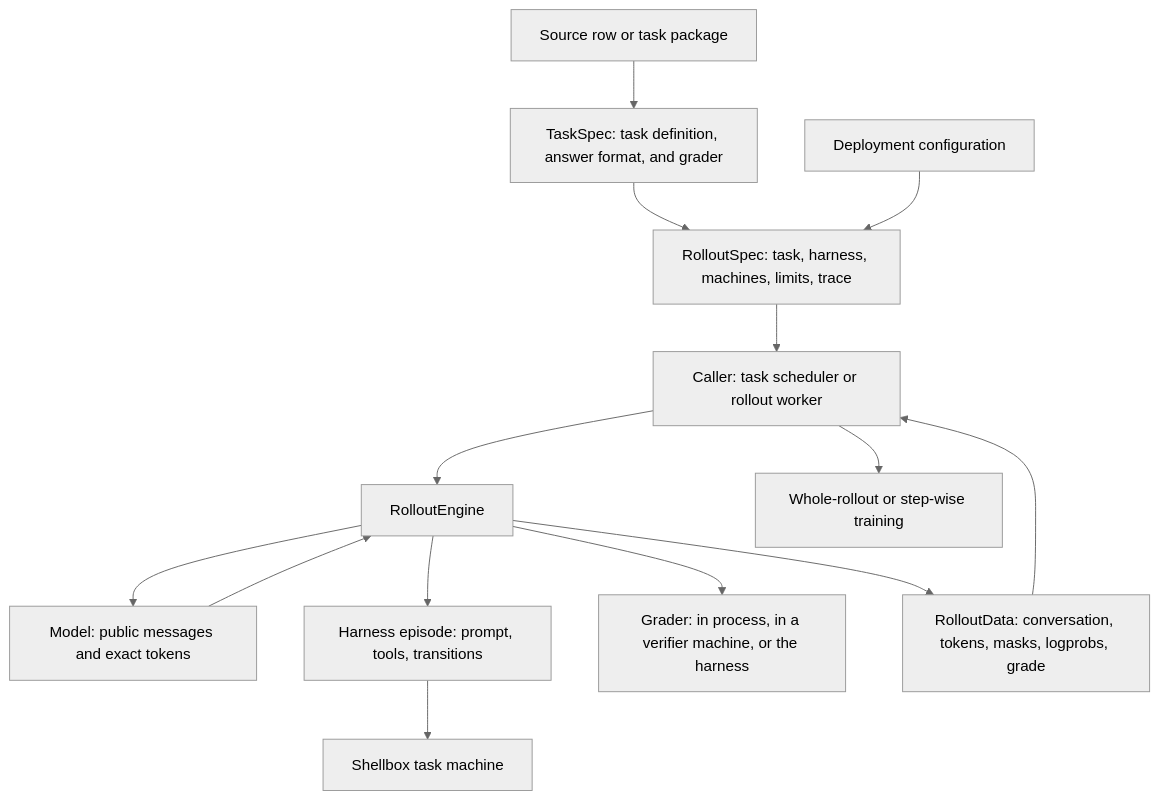
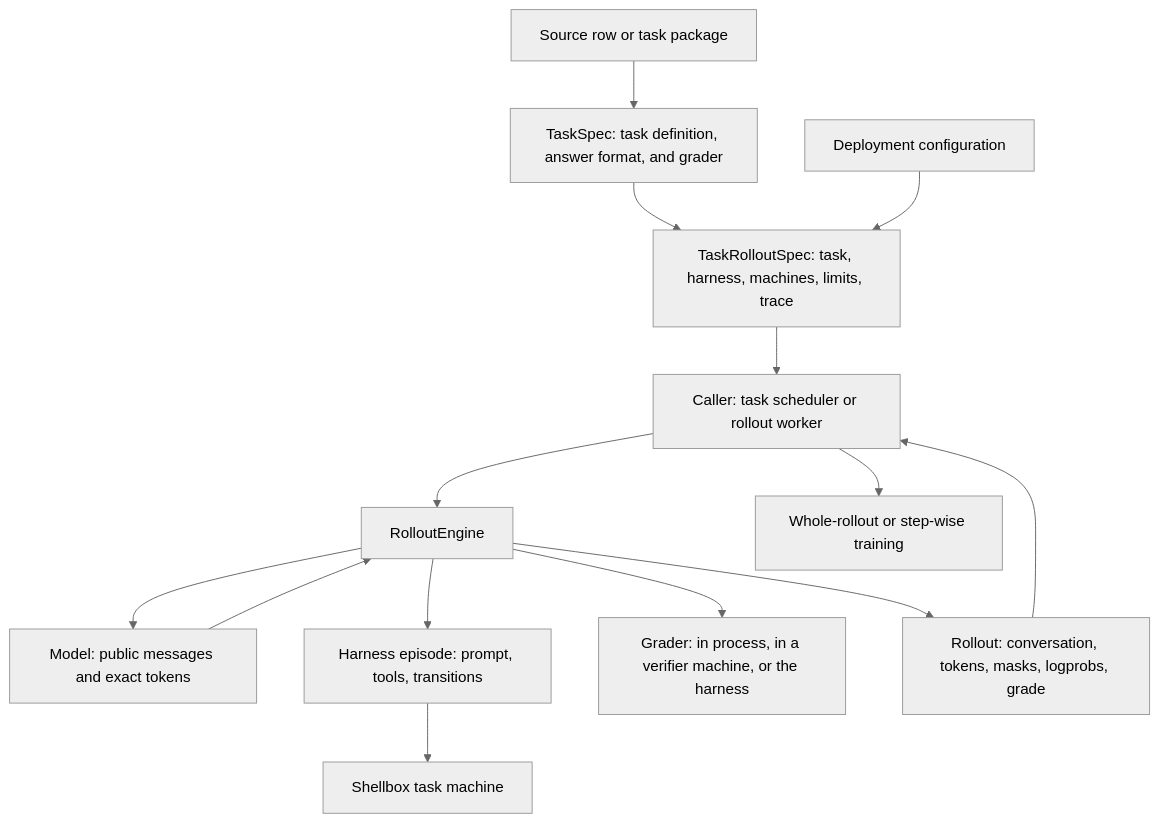
The first of 2 diagrams in docs/references/task-rollouts.md (marin-community/marin), drawn with Mermaid (neutral theme) before and after one commit. The commit also changed other lines of this file and 15 other files, not shown here.

First line of the commit message:
[rolloutengine] Return a GradedRollout from RolloutEngine.run_task

````diff
--- a/docs/references/task-rollouts.md
+++ b/docs/references/task-rollouts.md
@@ -9,16 +10,16 @@
 ```mermaid
 flowchart TD
     Source[Source row or task package] --> Task[TaskSpec: task definition, answer format, and grader]
-    Task --> Spec[RolloutSpec: task, harness, machines, limits, trace]
+    Task --> Spec[TaskRolloutSpec: task, harness, machines, limits, trace]
     Config[Deployment configuration] --> Spec
     Spec --> Caller[Caller: task scheduler or rollout worker]
     Caller --> Engine[RolloutEngine]
     Engine --> Model[Model: public messages and exact tokens]
     Model --> Engine
     Engine --> Episode[Harness episode: prompt, tools, transitions]
     Episode --> Machine[Shellbox task machine]
     Engine --> Grader[Grader: in process, in a verifier machine, or the harness]
-    Engine --> Record[RolloutData: conversation, tokens, masks, logprobs, grade]
+    Engine --> Record[Rollout: conversation, tokens, masks, logprobs, grade]
     Record --> Caller
     Caller --> Train[Whole-rollout or step-wise training]
 ```
````
